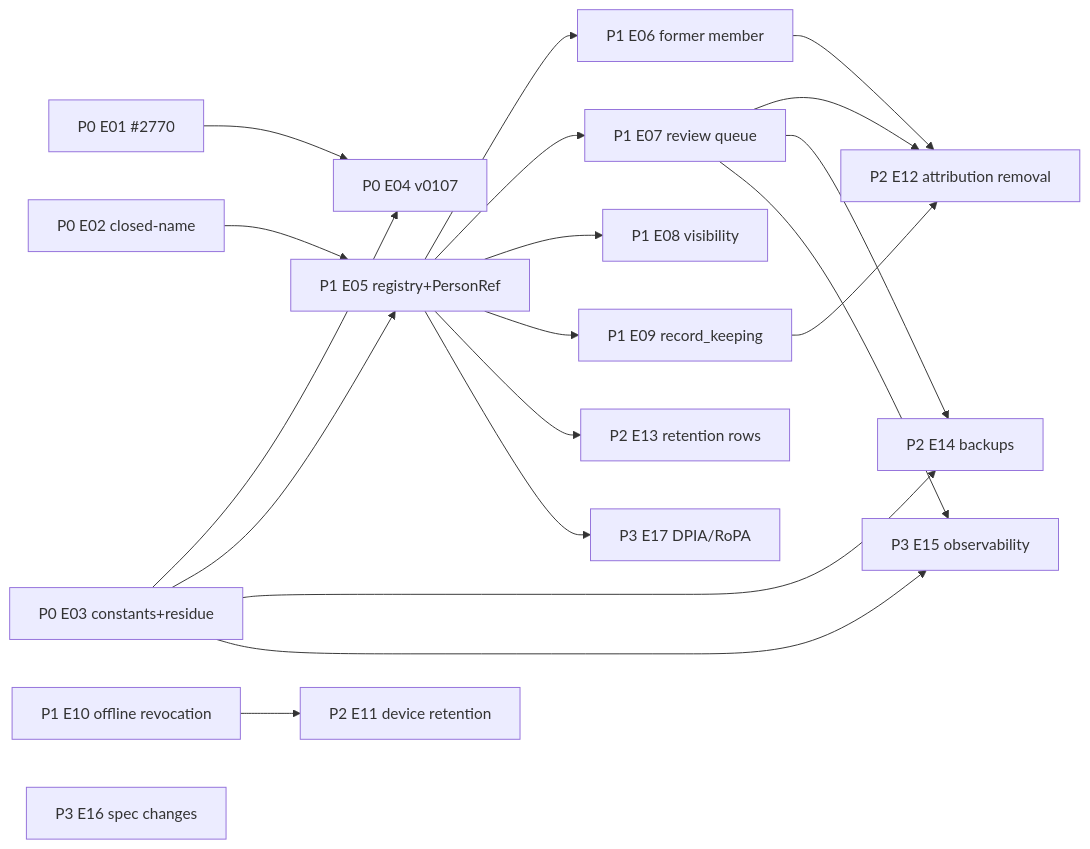
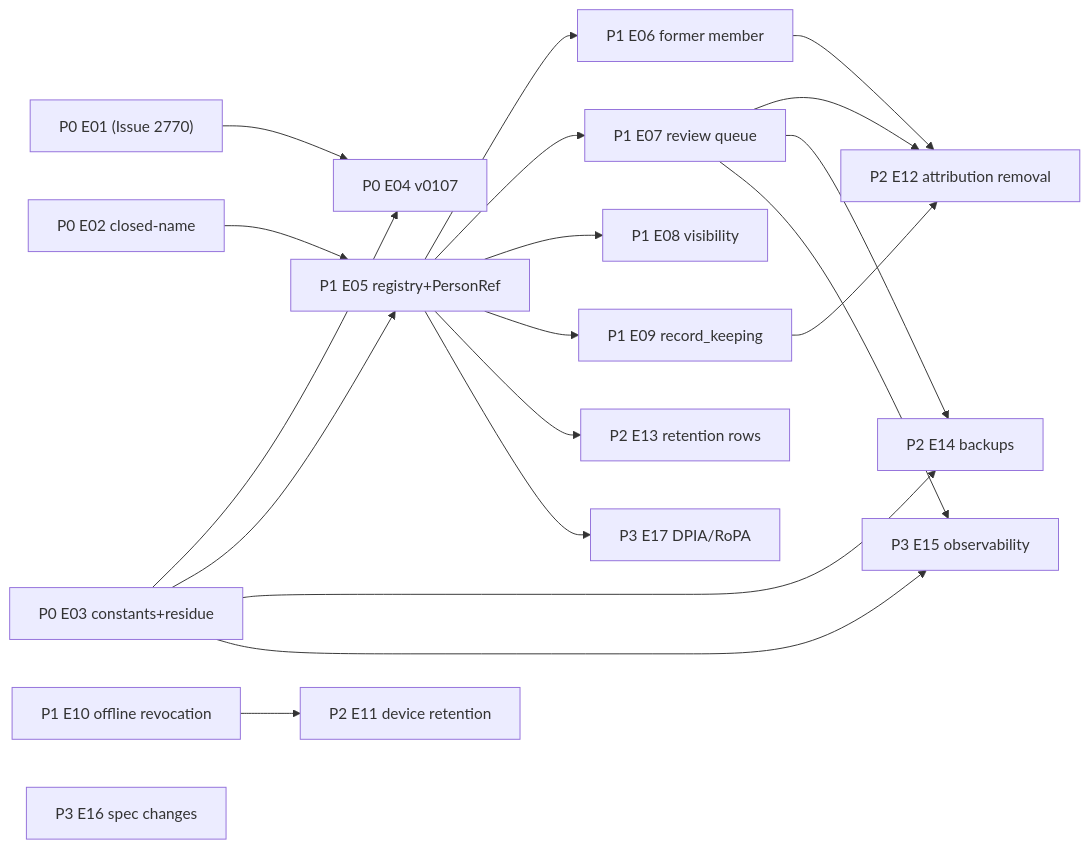
One commit to nolte/kamerplanter changed the diagram in spec/privacy/12-implementation-roadmap.md. Above: the diagram before and after it, drawn with Mermaid. The commit also changed 1 other file, not shown here.

Commit message:
docs(privacy): fix mermaid diagrams that GitHub could not render
A semicolon inside a Mermaid note ends the statement and broke the former-member
sequence diagram; remove semicolons from all diagram text and quote the node
labels of the roadmap graph (a "#2770" label can start an entity). All seven
diagrams now render with mermaid-cli 11.

Claude-Session: https://claude.ai/code/session_013GH96gKTGort5uetwKyeEH

````diff
--- a/spec/privacy/12-implementation-roadmap.md
+++ b/spec/privacy/12-implementation-roadmap.md
@@ -292,22 +292,22 @@
 ```mermaid
 flowchart LR
-    E01[P0 E01 #2770] --> E04[P0 E04 v0107]
-    E03[P0 E03 constants+residue] --> E04
-    E02[P0 E02 closed-name] --> E05
-    E03 --> E05[P1 E05 registry+PersonRef]
-    E05 --> E06[P1 E06 former member]
-    E05 --> E07[P1 E07 review queue]
-    E05 --> E08[P1 E08 visibility]
-    E05 --> E09[P1 E09 record_keeping]
-    E10[P1 E10 offline revocation] --> E11[P2 E11 device retention]
-    E06 --> E12[P2 E12 attribution removal]
+    E01["P0 E01 (Issue 2770)"] --> E04["P0 E04 v0107"]
+    E03["P0 E03 constants+residue"] --> E04
+    E02["P0 E02 closed-name"] --> E05
+    E03 --> E05["P1 E05 registry+PersonRef"]
+    E05 --> E06["P1 E06 former member"]
+    E05 --> E07["P1 E07 review queue"]
+    E05 --> E08["P1 E08 visibility"]
+    E05 --> E09["P1 E09 record_keeping"]
+    E10["P1 E10 offline revocation"] --> E11["P2 E11 device retention"]
+    E06 --> E12["P2 E12 attribution removal"]
     E07 --> E12
     E09 --> E12
-    E05 --> E13[P2 E13 retention rows]
-    E03 --> E14[P2 E14 backups]
+    E05 --> E13["P2 E13 retention rows"]
+    E03 --> E14["P2 E14 backups"]
     E07 --> E14
-    E03 --> E15[P3 E15 observability]
+    E03 --> E15["P3 E15 observability"]
     E07 --> E15
-    E05 --> E17[P3 E17 DPIA/RoPA]
-    E16[P3 E16 spec changes]
+    E05 --> E17["P3 E17 DPIA/RoPA"]
+    E16["P3 E16 spec changes"]
 ```
````
